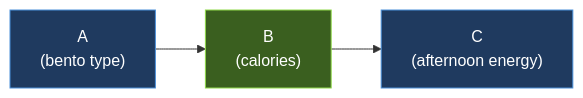
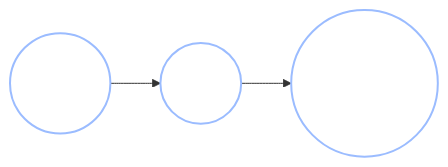
Before and after one commit to josephausterweil/probintro: the first of 6 diagrams in content/intro2/09_conditional_independence.md, drawn with Mermaid. The commit also changed other lines of this file and 3 other files, not shown here.

````diff
--- a/content/intro2/09_conditional_independence.md
+++ b/content/intro2/09_conditional_independence.md
@@ -31,8 +31,7 @@
 ```mermaid
 graph LR
-    A["A<br/>(bento type)"] --> B["B<br/>(calories)"]
-    B --> C["C<br/>(afternoon energy)"]
-    style A fill:#1f3a5f,stroke:#4a90d9,color:#fff
-    style B fill:#3a5f1f,stroke:#90d94a,color:#fff
-    style C fill:#1f3a5f,stroke:#4a90d9,color:#fff
+    A(("A<br/>(bento type)")) --> B(("B<br/>(calories)"))
+    B --> C(("C<br/>(afternoon energy)"))
+    classDef node fill:none,stroke:#9bbcff,stroke-width:2px,color:#fff
+    class A,B,C node
 ```
````
